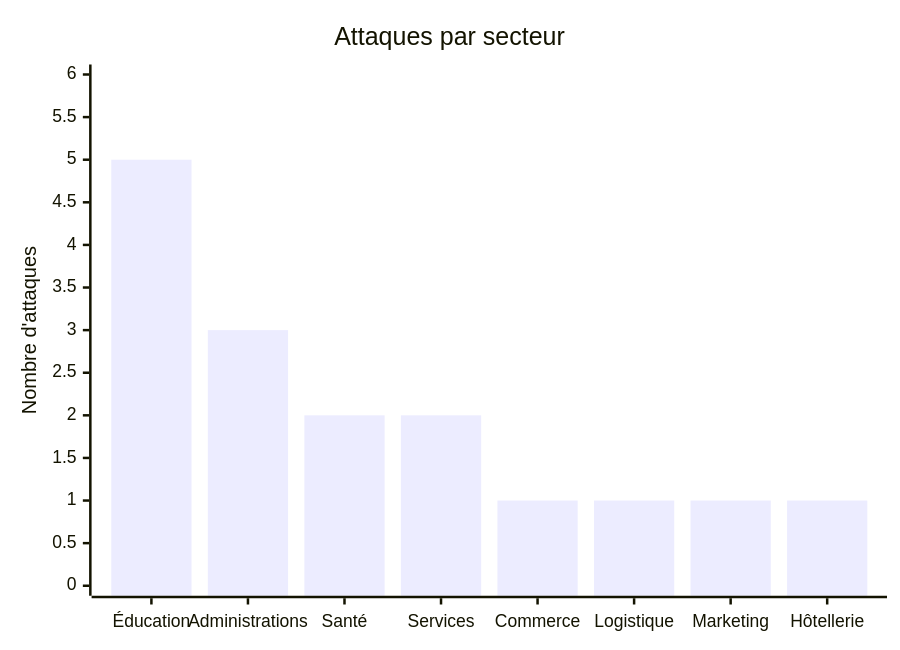
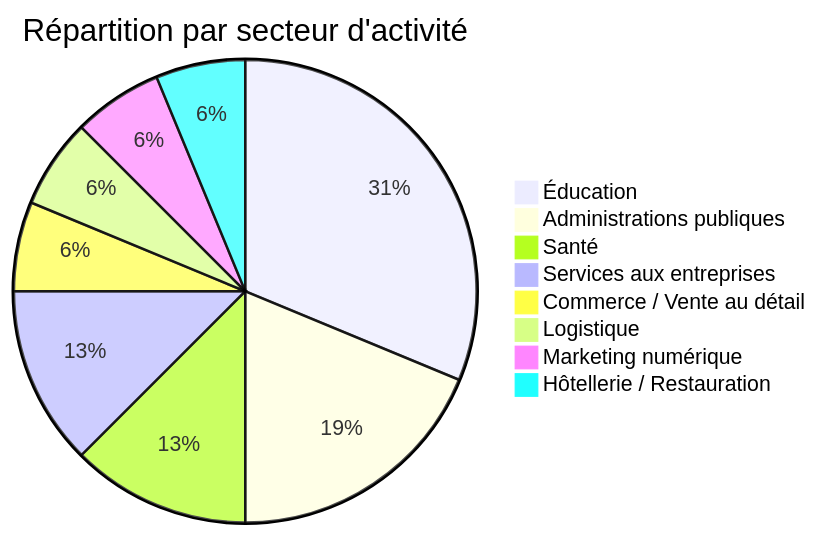
Before and after one commit to Hatchepsoute/AFRINTEL: the second of 5 diagrams in reports/2025/01-january/README_FR.md, drawn with Mermaid. The commit also changed other lines of this file and 1 other file, not shown here.

Commit message:
Rapport CTI : Cyberattaques en Afrique

````diff
--- a/reports/2025/01-january/README_FR.md
+++ b/reports/2025/01-january/README_FR.md
@@ -54,7 +54,11 @@
 ```mermaid
-xychart-beta
-    title "Attaques par secteur"
-    x-axis ["Éducation", "Administrations", "Santé", "Services", "Commerce", "Logistique", "Marketing", "Hôtellerie"]
-    y-axis "Nombre d'attaques" 0 --> 6
-    bar [5, 3, 2, 2, 1, 1, 1, 1]
+pie title Répartition par secteur d'activité
+    "Éducation" : 5
+    "Administrations publiques" : 3
+    "Santé" : 2
+    "Services aux entreprises" : 2
+    "Commerce / Vente au détail" : 1
+    "Logistique" : 1
+    "Marketing numérique" : 1
+    "Hôtellerie / Restauration" : 1
 ```
````
